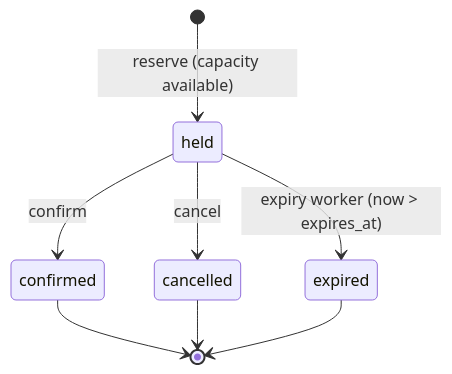
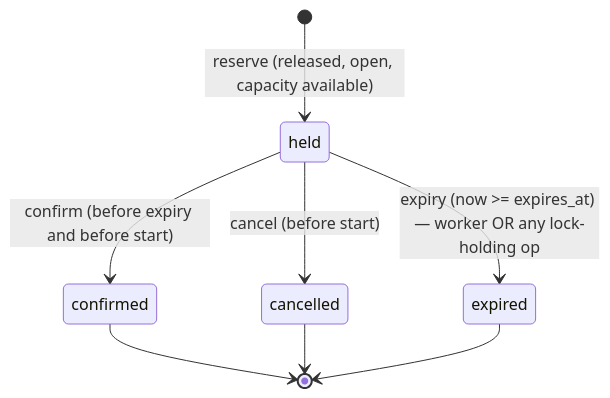
The first of 2 diagrams in docs/design/transaction-semantics.md (nancysworld/alloca-go), drawn with Mermaid before and after one commit. The commit also changed other lines of this file and 2 other files, not shown here.

````diff
--- a/docs/design/transaction-semantics.md
+++ b/docs/design/transaction-semantics.md
@@ -108,10 +196,10 @@
 ```mermaid
 stateDiagram-v2
-    [*] --> held: reserve (capacity available)
-    held --> confirmed: confirm
-    held --> cancelled: cancel
-    held --> expired: expiry worker (now > expires_at)
+    [*] --> held: reserve (released, open, capacity available)
+    held --> confirmed: confirm (before expiry and before start)
+    held --> cancelled: cancel (before start)
+    held --> expired: expiry (now >= expires_at) — worker OR any lock-holding op
     confirmed --> [*]
     cancelled --> [*]
     expired --> [*]
 ```
````
